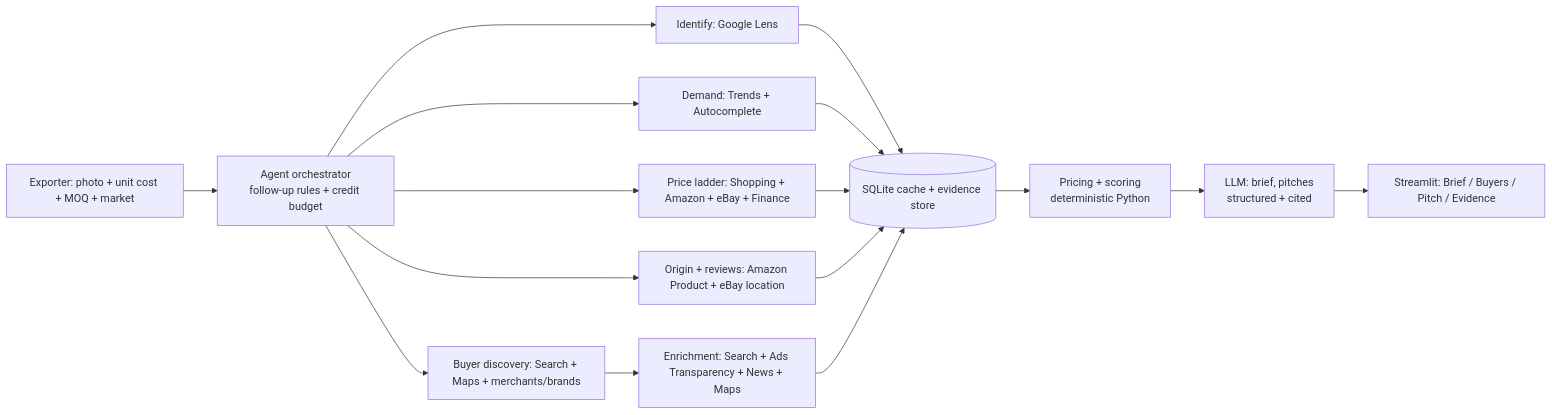
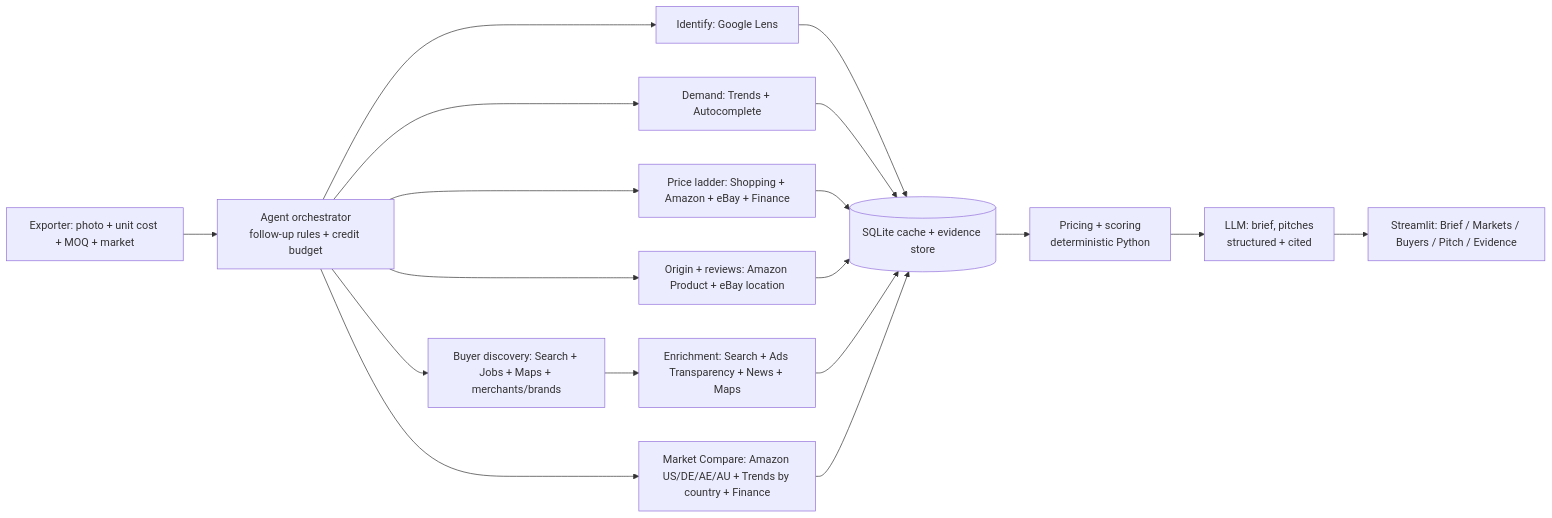
The diagram in README.md (bhuvanesh15/ExportScout), drawn with Mermaid before and after one commit. The commit also changed other lines of this file and 62 other files, not shown here.

````diff
--- a/README.md
+++ b/README.md
@@ -108,18 +116,20 @@
 ```mermaid
 flowchart LR
   U[Exporter: photo + unit cost + MOQ + market] --> O[Agent orchestrator<br/>follow-up rules + credit budget]
   O --> I[Identify: Google Lens]
   O --> D[Demand: Trends + Autocomplete]
   O --> P[Price ladder: Shopping + Amazon + eBay + Finance]
   O --> R[Origin + reviews: Amazon Product + eBay location]
-  O --> B[Buyer discovery: Search + Maps + merchants/brands]
+  O --> B[Buyer discovery: Search + Jobs + Maps + merchants/brands]
   B --> E[Enrichment: Search + Ads Transparency + News + Maps]
+  O --> M[Market Compare: Amazon US/DE/AE/AU + Trends by country + Finance]
   I --> S[(SQLite cache + evidence store)]
   D --> S
   P --> S
   R --> S
   E --> S
+  M --> S
   S --> C[Pricing + scoring<br/>deterministic Python]
   C --> L[LLM: brief, pitches<br/>structured + cited]
-  L --> UI[Streamlit: Brief / Buyers / Pitch / Evidence]
+  L --> UI[Streamlit: Brief / Markets / Buyers / Pitch / Evidence]
 ```
````
